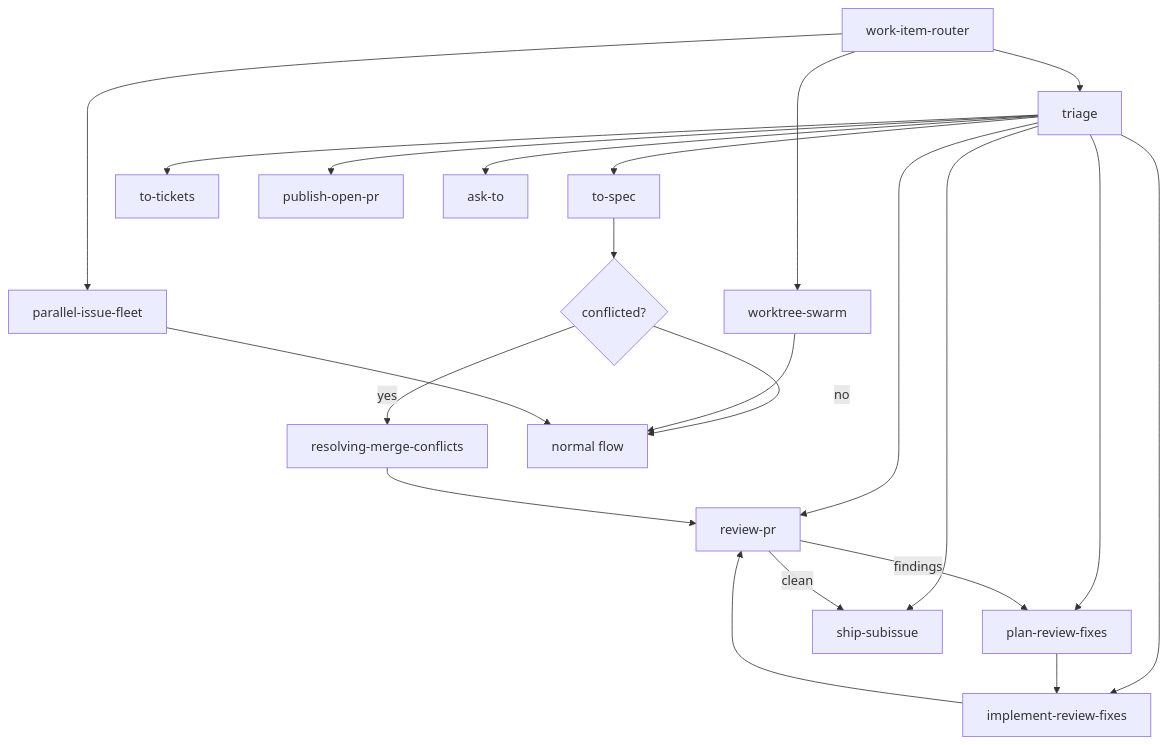
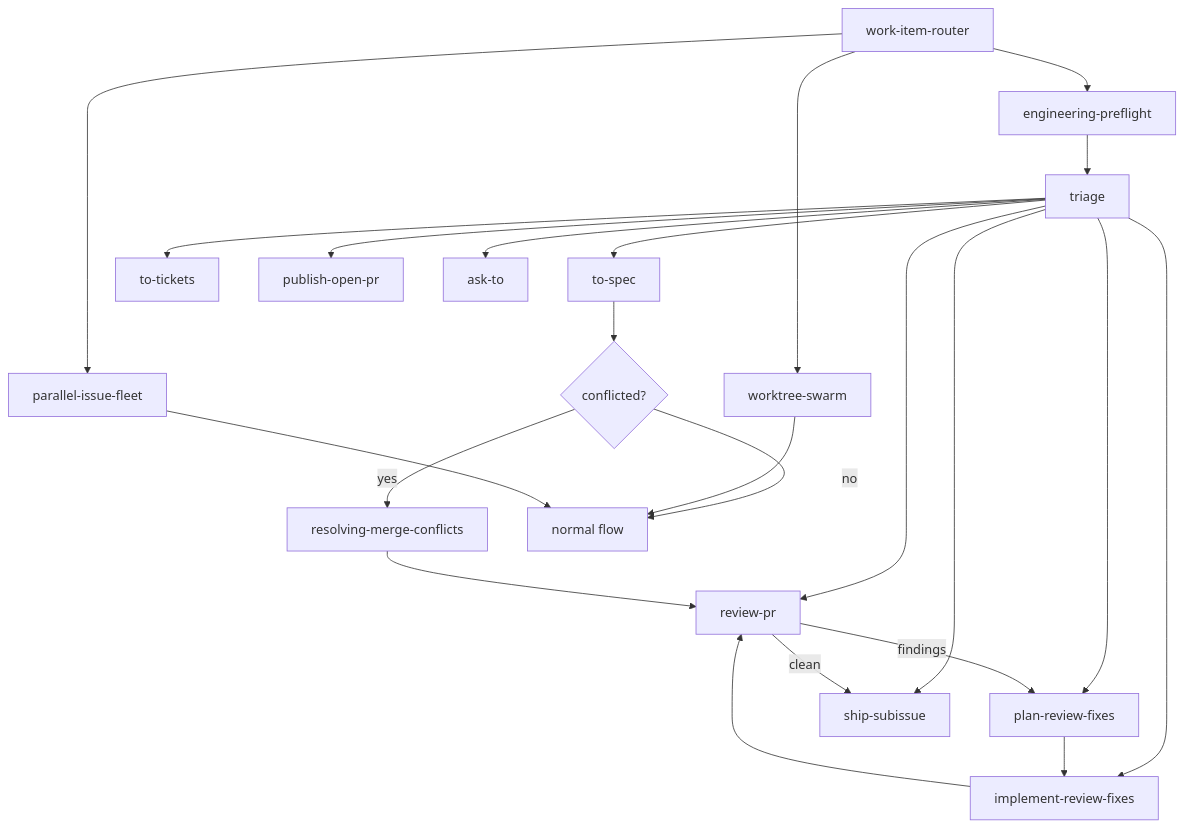
One commit to quantumquirkxyz/skills-quirk changed the diagram in docs/reference/agents/index.md. Above: the diagram before and after it, drawn with Mermaid. The commit also changed other lines of this file and 20 other files, not shown here.

````diff
--- a/docs/reference/agents/index.md
+++ b/docs/reference/agents/index.md
@@ -5,24 +5,25 @@
 ```mermaid
 flowchart TD
-    A[work-item-router] --> B[triage]
+    A[work-item-router] --> PF[engineering-preflight]
+    PF --> B[triage]
     A --> N[worktree-swarm]
     A --> P[parallel-issue-fleet]
     B --> C[to-spec]
     B --> D[to-tickets]
     B --> E[review-pr]
     B --> F[plan-review-fixes]
     B --> G[implement-review-fixes]
     B --> H[publish-open-pr]
     B --> I[ship-subissue]
     B --> J[ask-to]
     C --> K{conflicted?}
     K -->|yes| L[resolving-merge-conflicts]
     L --> E
     K -->|no| M[normal flow]
     E -->|findings| F
     F --> G
     G --> E
     E -->|clean| I
     N --> M
     P --> M
 ```
````
